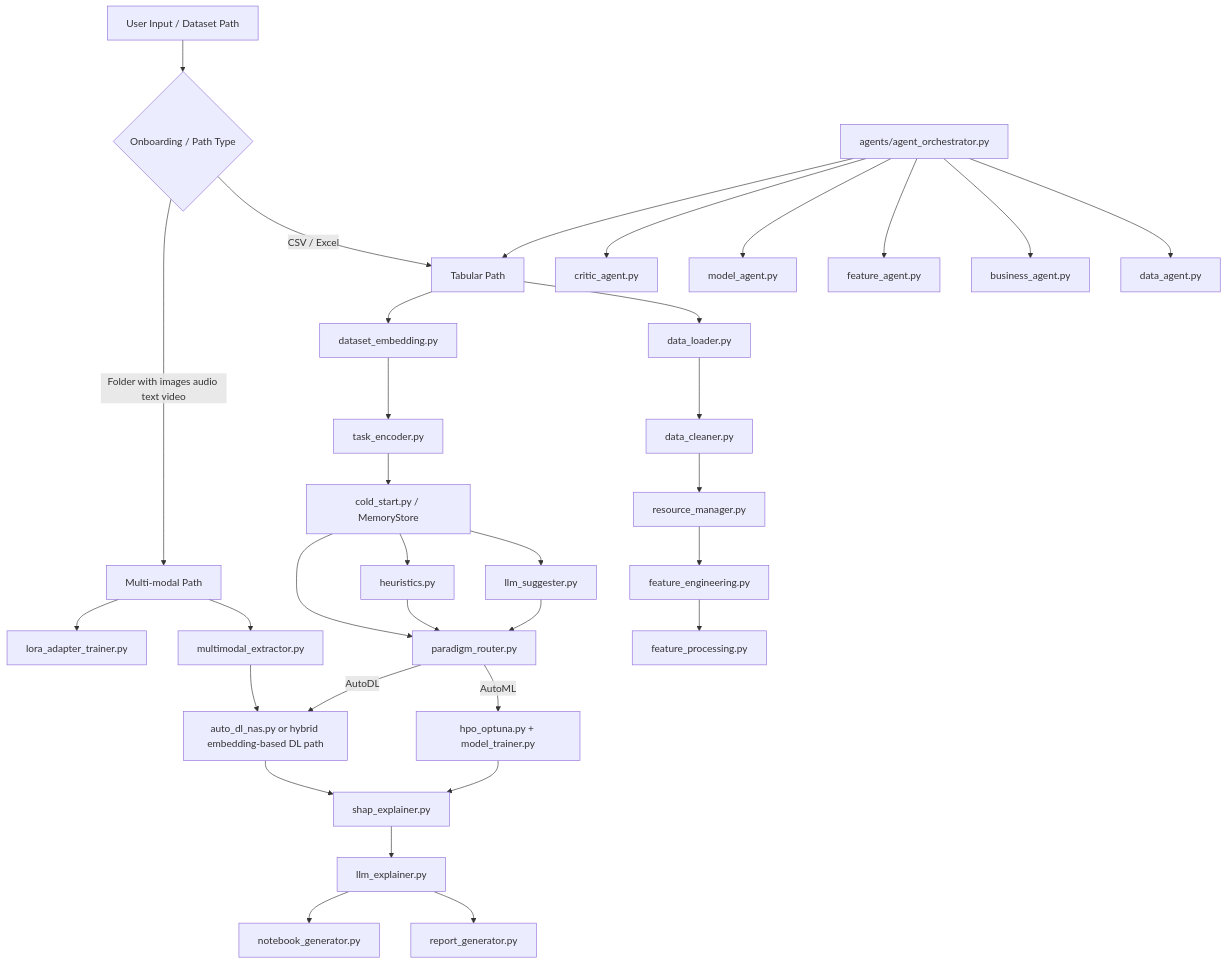
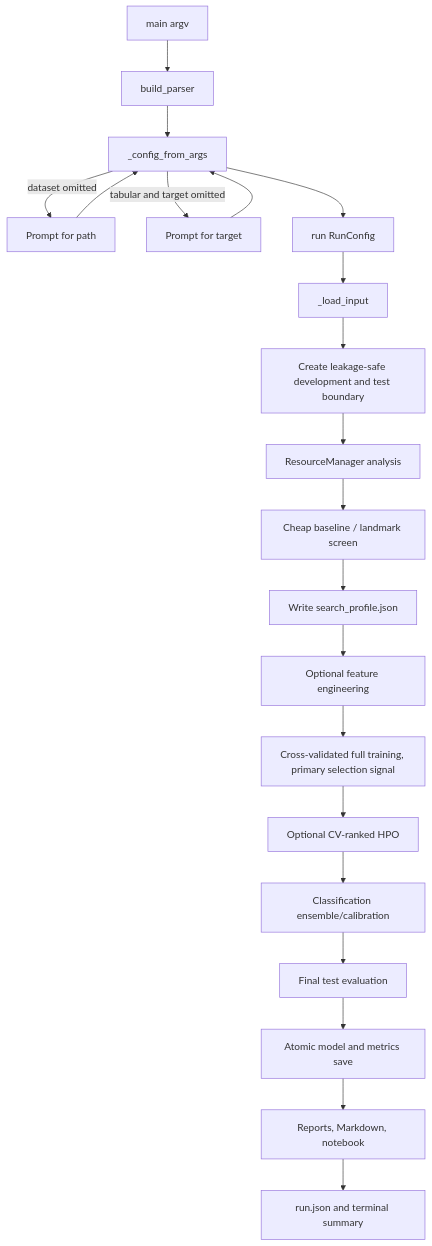
Before and after one commit to dineshmc1/AutoNexus: the second of 18 diagrams in understanding.md, drawn with Mermaid. The commit also changed other lines of this file and 28 other files, not shown here.

Commit message:
feat: modularize vision backbone selection, implement gradient checkpointing, and add automated data splitting tests

````diff
--- a/understanding.md
+++ b/understanding.md
@@ -84,41 +44,23 @@
 ```mermaid
-graph TD
-    A[User Input / Dataset Path] --> B{Onboarding / Path Type}
-    B -->|CSV / Excel| C[Tabular Path]
-    B -->|Folder with images audio text video| D[Multi-modal Path]
-
-    C --> E[data_loader.py]
-    E --> F[data_cleaner.py]
-    F --> G[resource_manager.py]
-    G --> H[feature_engineering.py]
-    H --> I[feature_processing.py]
-
-    C --> J[dataset_embedding.py]
-    J --> K[task_encoder.py]
-    K --> L[cold_start.py / MemoryStore]
-    L --> M[llm_suggester.py]
-    L --> N[heuristics.py]
-    M --> O[paradigm_router.py]
-    N --> O
-    L --> O
-
-    O -->|AutoML| P[hpo_optuna.py + model_trainer.py]
-    O -->|AutoDL| Q[auto_dl_nas.py or hybrid embedding-based DL path]
-
-    D --> R[multimodal_extractor.py]
-    D --> S[lora_adapter_trainer.py]
-    R --> Q
-
-    P --> T[shap_explainer.py]
-    Q --> T
-    T --> U[llm_explainer.py]
-    U --> V[report_generator.py]
-    U --> W[notebook_generator.py]
-
-    X[agents/agent_orchestrator.py] --> Y[data_agent.py]
-    X --> Z[business_agent.py]
-    X --> AA[feature_agent.py]
-    X --> AB[model_agent.py]
-    X --> AC[critic_agent.py]
-    X --> C
+flowchart TD
+    A[main argv] --> B[build_parser]
+    B --> C[_config_from_args]
+    C -->|dataset omitted| D[Prompt for path]
+    D --> C
+    C -->|tabular and target omitted| E[Prompt for target]
+    E --> C
+    C --> F[run RunConfig]
+    F --> G[_load_input]
+    G --> H[Create leakage-safe development and test boundary]
+    H --> I[ResourceManager analysis]
+    I --> J[Cheap baseline / landmark screen]
+    J --> K[Write search_profile.json]
+    K --> L[Optional feature engineering]
+    L --> M[Cross-validated full training, primary selection signal]
+    M --> N[Optional CV-ranked HPO]
+    N --> O[Classification ensemble/calibration]
+    O --> P[Final test evaluation]
+    P --> Q[Atomic model and metrics save]
+    Q --> R[Reports, Markdown, notebook]
+    R --> S[run.json and terminal summary]
 ```
````
